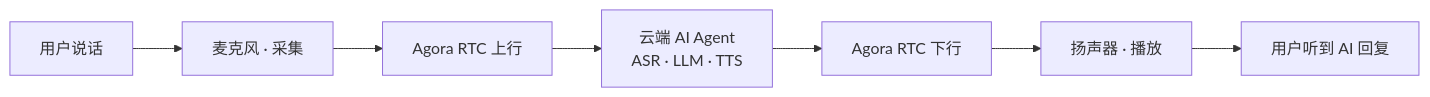
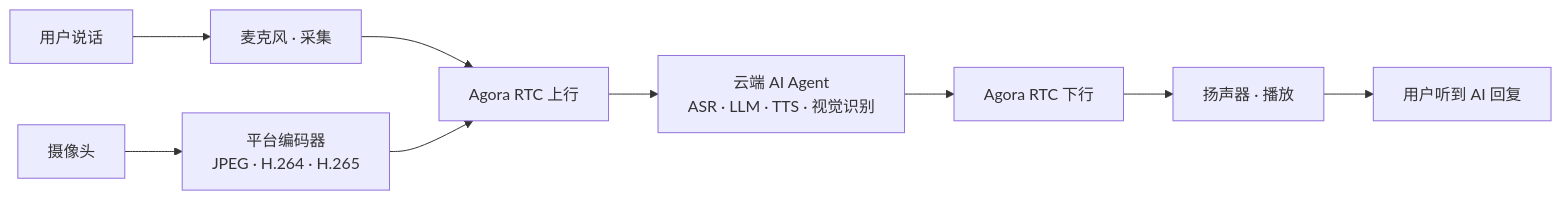
The first of 5 diagrams in README.zh-CN.md (junlon2006/mybot), drawn with Mermaid before and after one commit. The commit also changed other lines of this file and 29 other files, not shown here.

````diff
--- a/README.zh-CN.md
+++ b/README.zh-CN.md
@@ -77,9 +82,11 @@
 ```mermaid
 flowchart LR
     user["用户说话"] --> mic["麦克风 · 采集"]
     mic --> up["Agora RTC 上行"]
-    up --> agent["云端 AI Agent<br/>ASR · LLM · TTS"]
+    camera["摄像头"] --> encode["平台编码器<br/>JPEG · H.264 · H.265"]
+    encode --> up
+    up --> agent["云端 AI Agent<br/>ASR · LLM · TTS · 视觉识别"]
     agent --> down["Agora RTC 下行"]
     down --> spk["扬声器 · 播放"]
     spk --> reply["用户听到 AI 回复"]
 ```
````
